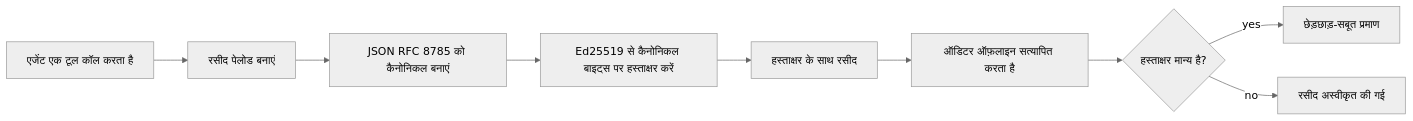
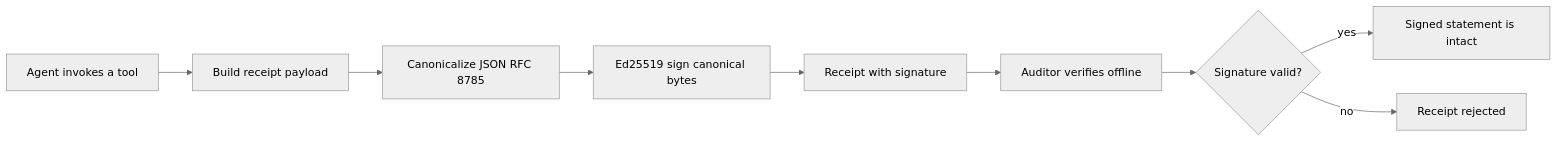
The first of 2 diagrams in translations/hi/18-securing-ai-agents/README.md (microsoft/ai-agents-for-beginners), drawn with Mermaid (neutral theme) before and after one commit. The commit also changed other lines of this file and 7 other files, not shown here.

````diff
--- a/translations/hi/18-securing-ai-agents/README.md
+++ b/translations/hi/18-securing-ai-agents/README.md
@@ -51,11 +54,11 @@
 ```mermaid
 flowchart LR
-    A[एजेंट एक टूल कॉल करता है] --> B[रसीद पेलोड बनाएं]
-    B --> C[JSON RFC 8785 को कैनोनिकल बनाएं]
-    C --> E[Ed25519 से कैनोनिकल बाइट्स पर हस्ताक्षर करें]
-    E --> F[हस्ताक्षर के साथ रसीद]
-    F --> G[ऑडिटर ऑफ़लाइन सत्यापित करता है]
-    G --> H{हस्ताक्षर मान्य है?}
-    H -- yes --> I[छेड़छाड़-सबूत प्रमाण]
-    H -- no --> J[रसीद अस्वीकृत की गई]
+    A[Agent invokes a tool] --> B[Build receipt payload]
+    B --> C[Canonicalize JSON RFC 8785]
+    C --> E[Ed25519 sign canonical bytes]
+    E --> F[Receipt with signature]
+    F --> G[Auditor verifies offline]
+    G --> H{Signature valid?}
+    H -- yes --> I[Signed statement is intact]
+    H -- no --> J[Receipt rejected]
 ```
````
